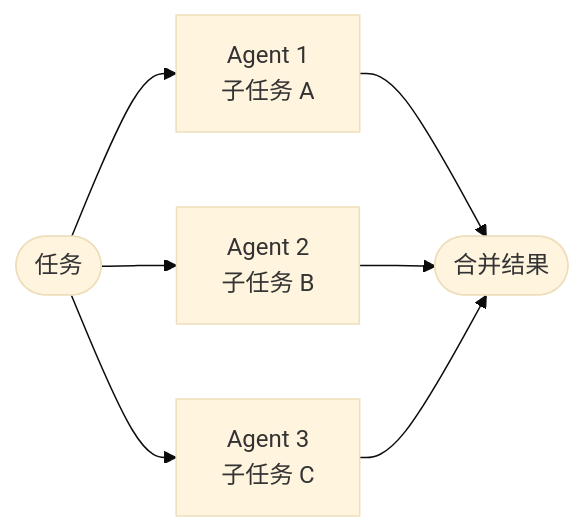
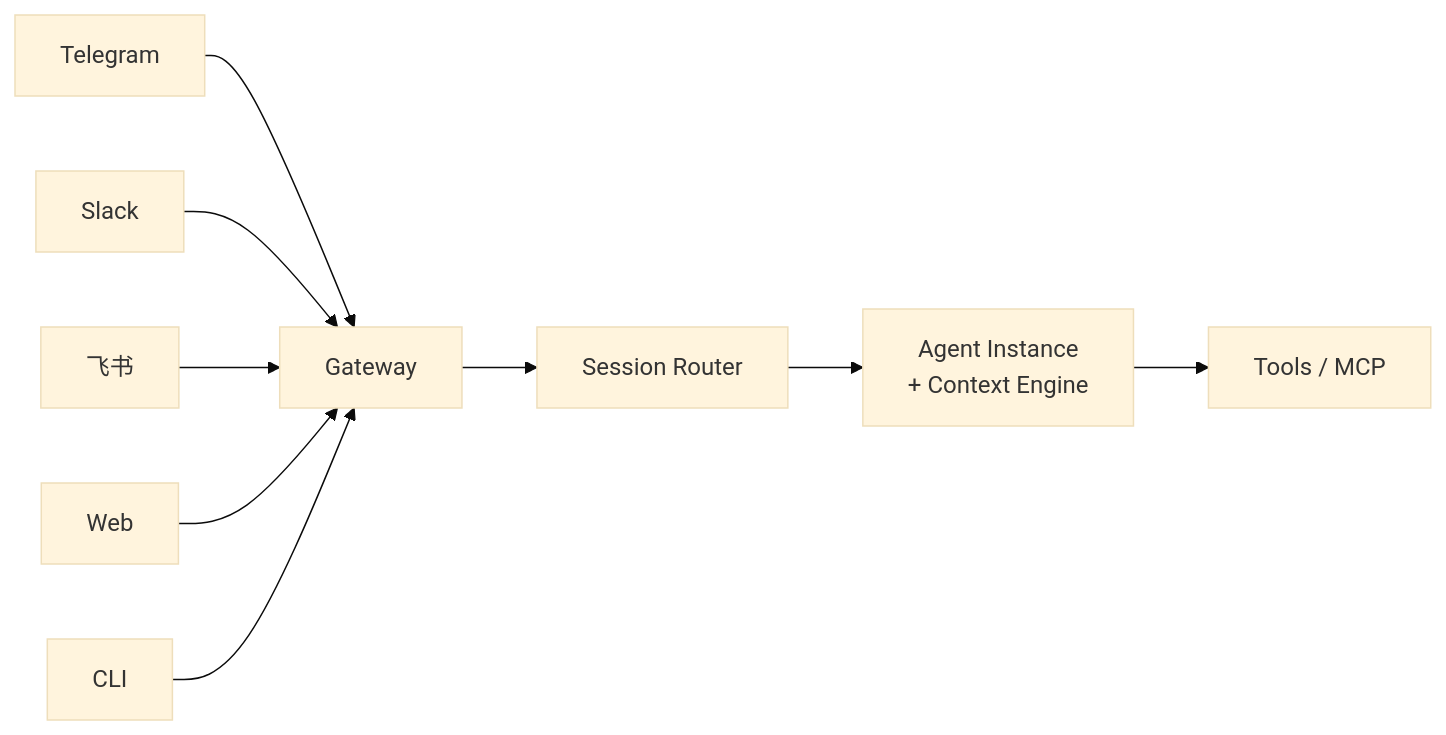
The diagram in learn-openclaw/06-multi-agent/index.md (ranxi2001/zero2Agent), drawn with Mermaid (base theme) before and after one commit. The commit also changed other lines of this file and 10 other files, not shown here.

```diff
--- a/learn-openclaw/06-multi-agent/index.md
+++ b/learn-openclaw/06-multi-agent/index.md
@@ -100,9 +143,11 @@
 <div class="mermaid">
 flowchart LR
-    A([任务]) --> B[Agent 1\n子任务 A]
-    A --> C[Agent 2\n子任务 B]
-    A --> D[Agent 3\n子任务 C]
-    B --> E([合并结果])
-    C --> E
-    D --> E
+    A[Telegram] --> G[Gateway]
+    B[Slack] --> G
+    C[飞书] --> G
+    D[Web] --> G
+    E[CLI] --> G
+    G --> H[Session Router]
+    H --> I[Agent Instance\n+ Context Engine]
+    I --> J[Tools / MCP]
 </div>
```
